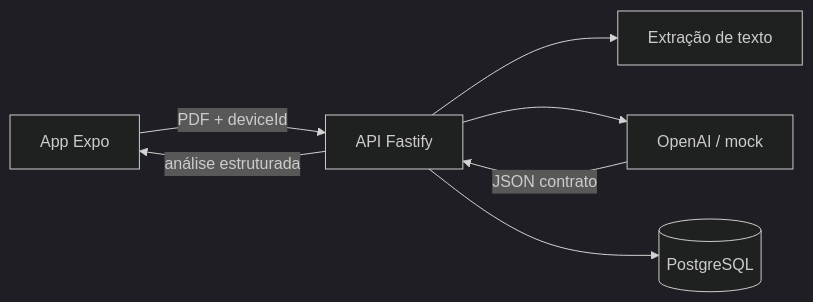
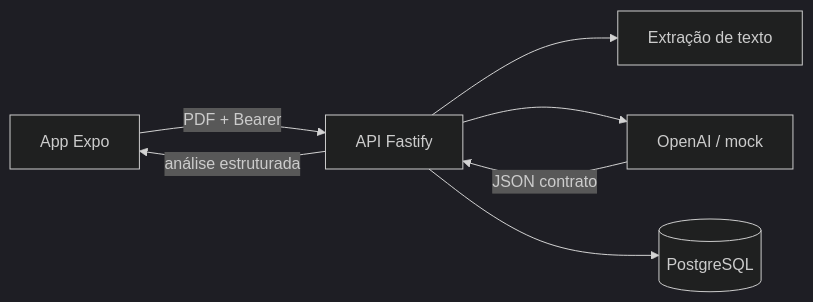
One commit to LinkUP-PM/linkup changed the diagram in docs/architecture.md. Above: the diagram before and after it, drawn with Mermaid (dark theme). The commit also changed other lines of this file and 103 other files, not shown here.

````diff
--- a/docs/architecture.md
+++ b/docs/architecture.md
@@ -11,9 +11,9 @@
 ```mermaid
 flowchart LR
-  Mobile["App Expo"] -->|PDF + deviceId| API["API Fastify"]
+  Mobile["App Expo"] -->|PDF + Bearer| API["API Fastify"]
   API --> PDF["Extração de texto"]
   API --> IA["OpenAI / mock"]
   API --> DB[(PostgreSQL)]
   IA -->|JSON contrato| API
   API -->|análise estruturada| Mobile
 ```
````
